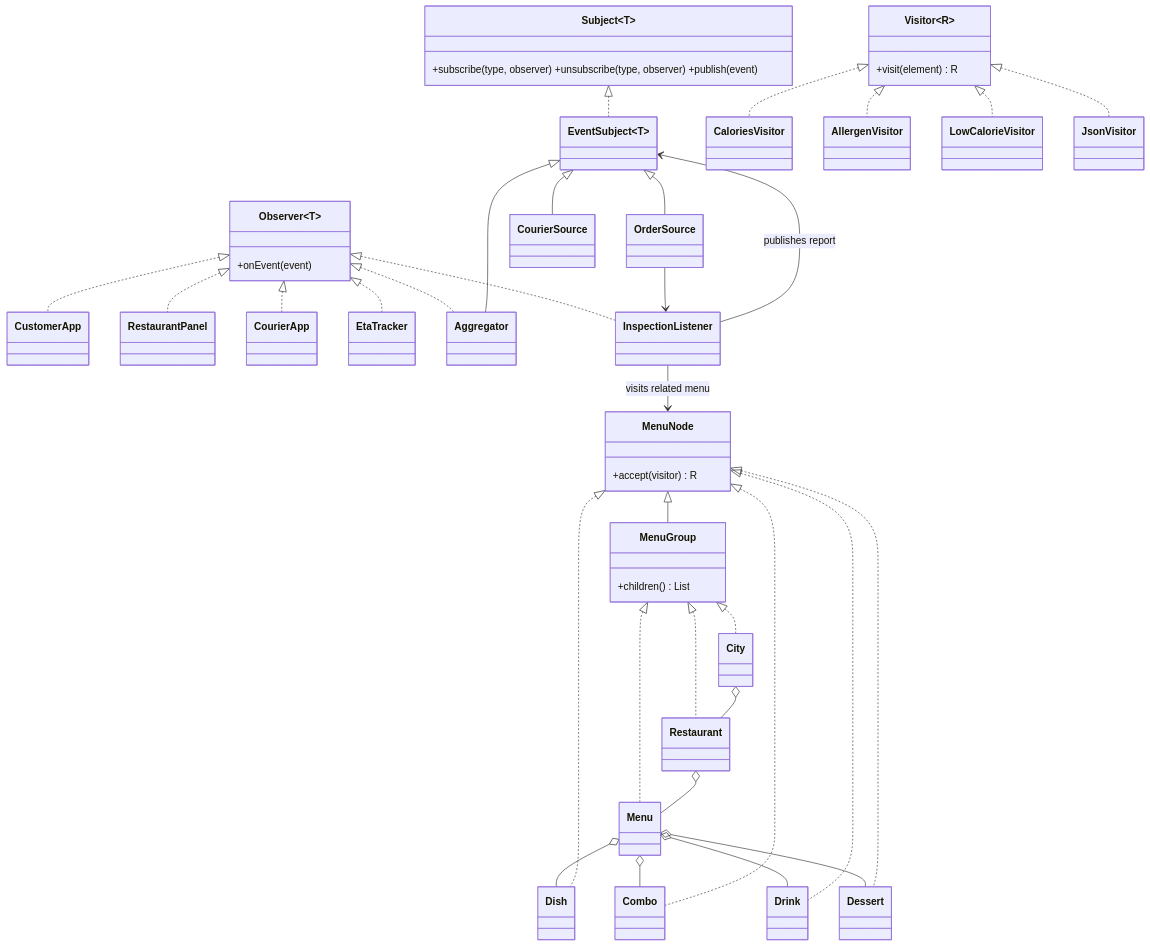
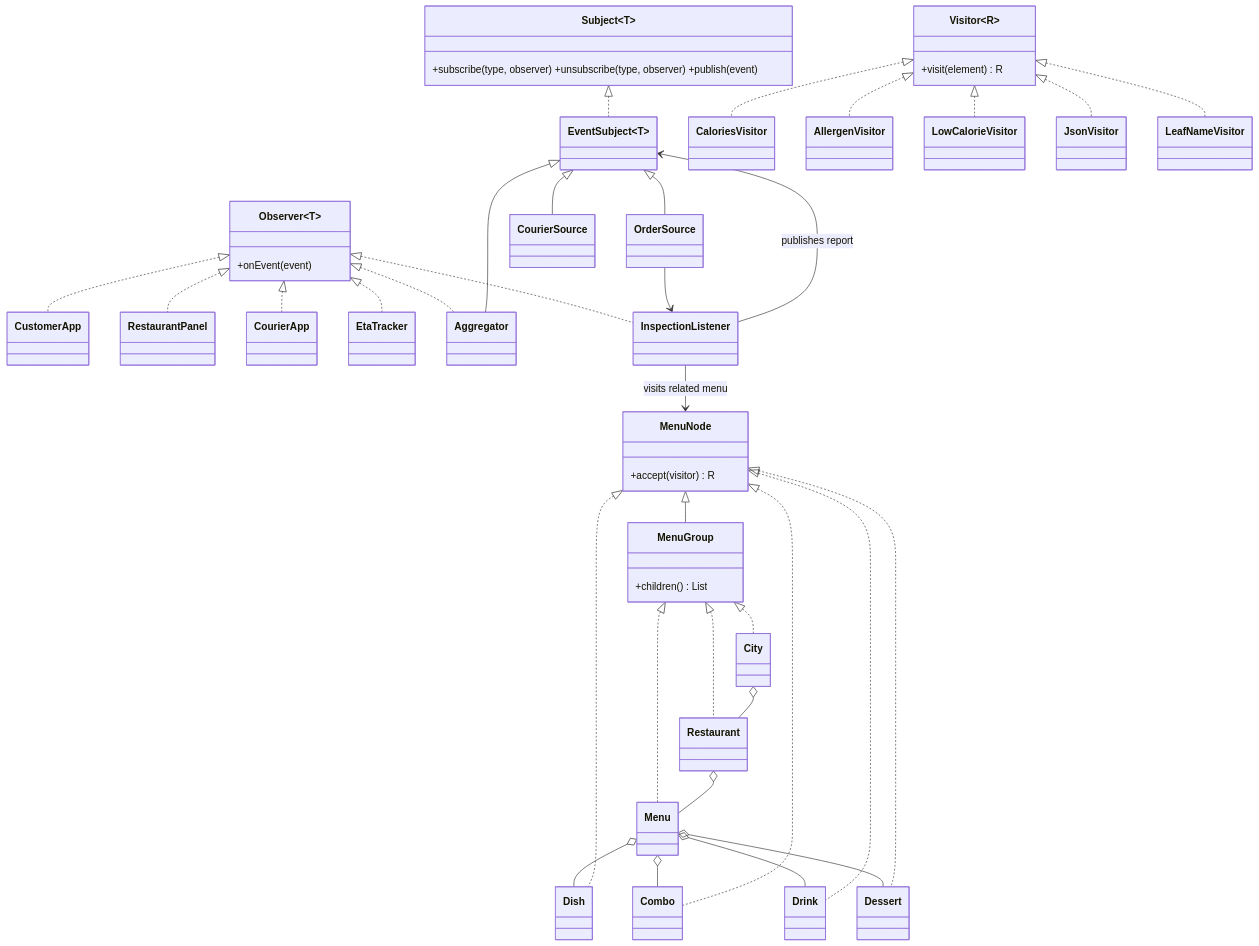
One commit to Natalyev/assignment_6 changed the diagram in docs/classes.md. Above: the diagram before and after it, drawn with Mermaid. The commit also changed 2 other files, not shown here.

Commit message:
Add leaf name visitor without changing elements

````diff
--- a/docs/classes.md
+++ b/docs/classes.md
@@ -3,40 +3,41 @@
 ```mermaid
 classDiagram
     class Subject~T~ { +subscribe(type, observer) +unsubscribe(type, observer) +publish(event) }
     class Observer~T~ { +onEvent(event) }
     class EventSubject~T~
     Subject <|.. EventSubject
     EventSubject <|-- OrderSource
     EventSubject <|-- CourierSource
     Observer <|.. CustomerApp
     Observer <|.. RestaurantPanel
     Observer <|.. CourierApp
     Observer <|.. EtaTracker
     Observer <|.. Aggregator
     Observer <|.. InspectionListener
     EventSubject <|-- Aggregator
     OrderSource --> InspectionListener
     InspectionListener --> MenuNode : visits related menu
     InspectionListener --> EventSubject : publishes report
     class MenuNode { +accept(visitor) R }
     class MenuGroup { +children() List }
     MenuNode <|-- MenuGroup
     MenuGroup <|.. City
     MenuGroup <|.. Restaurant
     MenuGroup <|.. Menu
     City o-- Restaurant
     Restaurant o-- Menu
     Menu o-- Dish
     Menu o-- Combo
     Menu o-- Drink
     Menu o-- Dessert
     MenuNode <|.. Dish
     MenuNode <|.. Combo
     MenuNode <|.. Drink
     MenuNode <|.. Dessert
     class Visitor~R~ { +visit(element) R }
     Visitor <|.. CaloriesVisitor
     Visitor <|.. AllergenVisitor
     Visitor <|.. LowCalorieVisitor
     Visitor <|.. JsonVisitor
+    Visitor <|.. LeafNameVisitor
 ```
````
